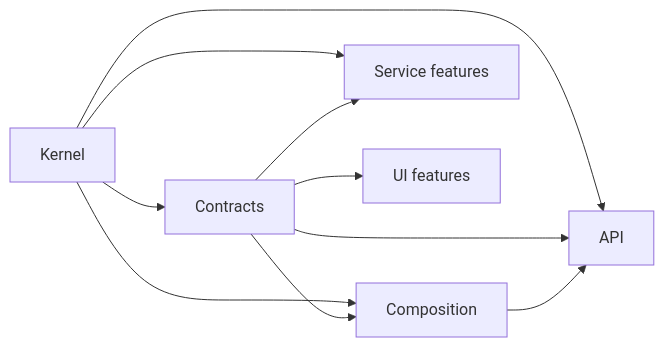
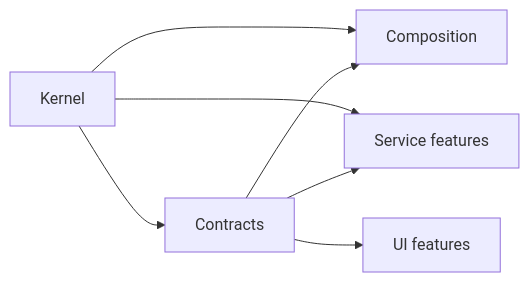
The diagram in docs/ARCHITECTURE.md (haruperi/HaruQuantAI), drawn with Mermaid before and after one commit. The commit also changed other lines of this file and 133 other files, not shown here.

````diff
--- a/docs/ARCHITECTURE.md
+++ b/docs/ARCHITECTURE.md
@@ -102,12 +100,9 @@
 ```mermaid
 flowchart LR
     K[Kernel] --> C[Contracts]
     K --> O[Composition]
     C --> O
-    K --> A[API]
-    C --> A
-    O --> A
     K --> S[Service features]
     C --> S
     C --> U[UI features]
 ```
````
